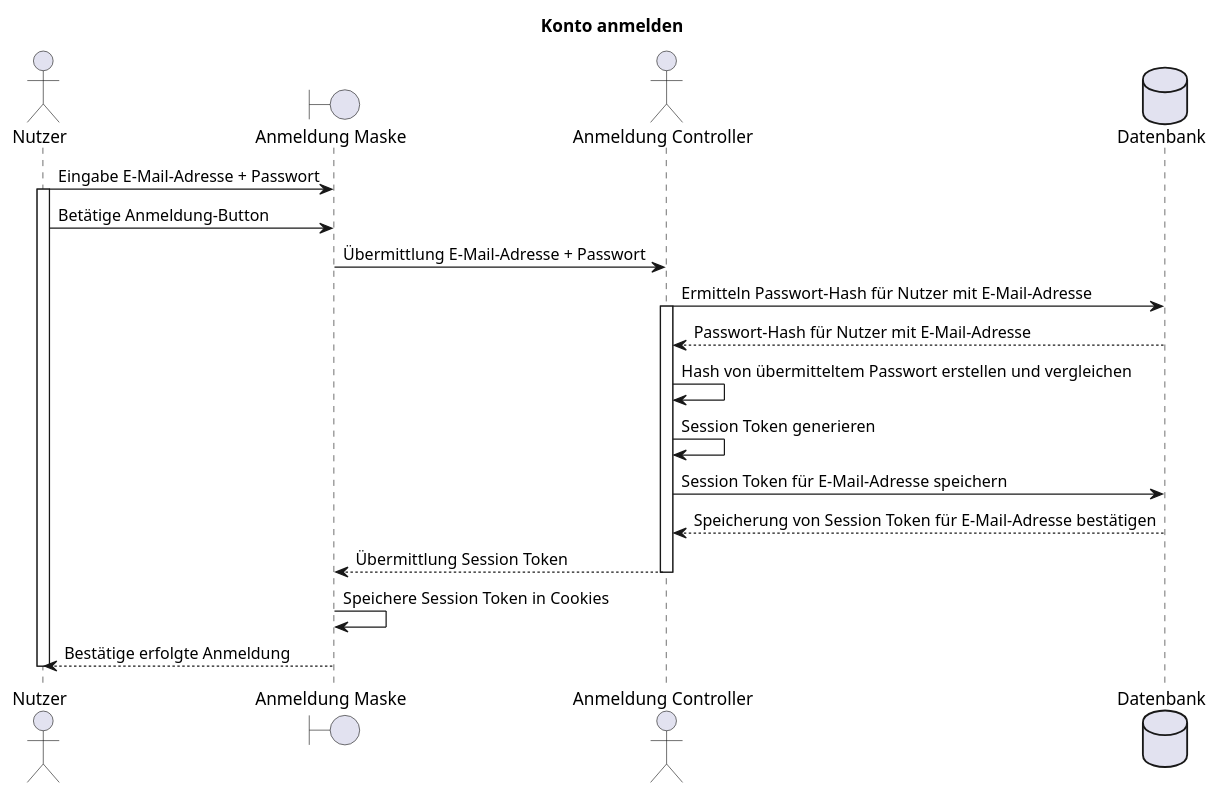
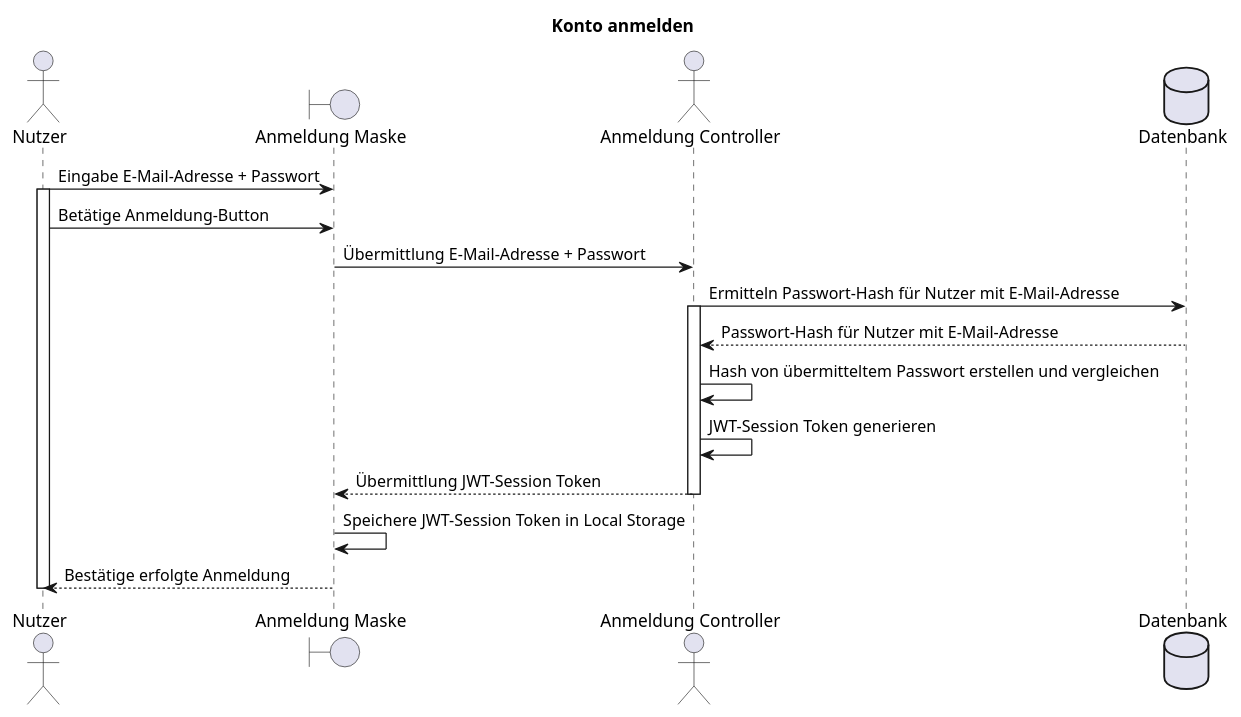
One commit to party-time-2/party-time changed the diagram in doc/F011_kontoAnmelden.plantuml. Above: the diagram before and after it, drawn with PlantUML. The commit also changed 1 other file, not shown here.

Commit message:
Anmeldung mit JWT-Token

```diff
--- a/doc/F011_kontoAnmelden.plantuml
+++ b/doc/F011_kontoAnmelden.plantuml
@@ -1,29 +1,27 @@
 @startuml F011_kontoAnmelden
 title "Konto anmelden"
 
 actor "Nutzer" as user
 boundary "Anmeldung Maske" as signInMask
 actor "Anmeldung Controller" as controller
 database "Datenbank" as db
 
 user -> signInMask: Eingabe E-Mail-Adresse + Passwort
 activate user
 user -> signInMask: Betätige Anmeldung-Button
 signInMask -> controller: Übermittlung E-Mail-Adresse + Passwort
 
 controller -> db: Ermitteln Passwort-Hash für Nutzer mit E-Mail-Adresse 
 activate controller
 controller <-- db: Passwort-Hash für Nutzer mit E-Mail-Adresse
 controller -> controller: Hash von übermitteltem Passwort erstellen und vergleichen
 
-controller -> controller: Session Token generieren
-controller -> db: Session Token für E-Mail-Adresse speichern
-controller <-- db: Speicherung von Session Token für E-Mail-Adresse bestätigen
+controller -> controller: JWT-Session Token generieren
 
-signInMask <-- controller: Übermittlung Session Token
+signInMask <-- controller: Übermittlung JWT-Session Token
 deactivate controller
 
-signInMask -> signInMask: Speichere Session Token in Cookies
+signInMask -> signInMask: Speichere JWT-Session Token in Local Storage
 user <-- signInMask: Bestätige erfolgte Anmeldung
 deactivate user
 @enduml
```
